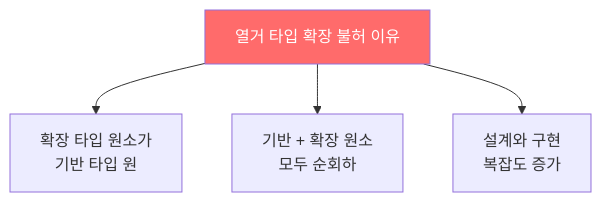
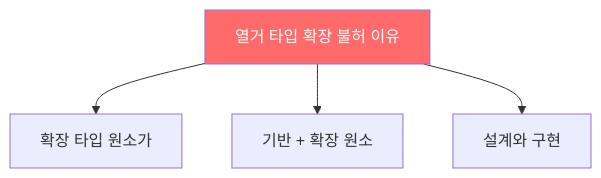
The first of 3 diagrams in _posts/java/2022-01-15-effective-java38.md (yjkim2015/yjkim2015.github.io), drawn with Mermaid before and after one commit. The commit also changed other lines of this file and 217 other files, not shown here.

First line of the commit message:
Mermaid 크기 수정: useMaxWidth:true + SVG max-width:100% + 라벨 축소

````diff
--- a/_posts/java/2022-01-15-effective-java38.md
+++ b/_posts/java/2022-01-15-effective-java38.md
@@ -20,7 +20,7 @@
 ```mermaid
 graph TD
-    A["열거 타입 확장 불허 이유"] --> B["확장 타입 원소가\n기반 타입 원"]
-    A --> C["기반 + 확장 원소\n모두 순회하"]
-    A --> D["설계와 구현\n복잡도 증가"]
+    A["열거 타입 확장 불허 이유"] --> B["확장 타입 원소가"]
+    A --> C["기반 + 확장 원소"]
+    A --> D["설계와 구현"]
     style A fill:#ff6b6b,color:#fff
 ```
````
